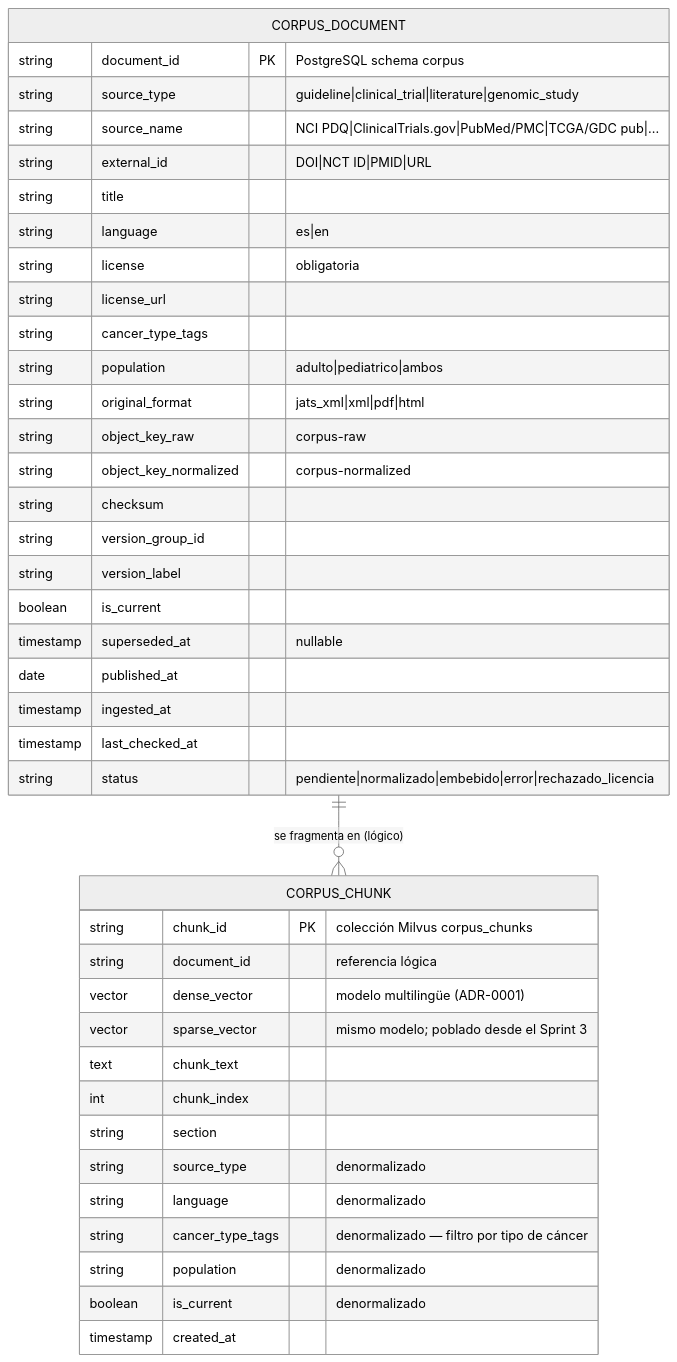
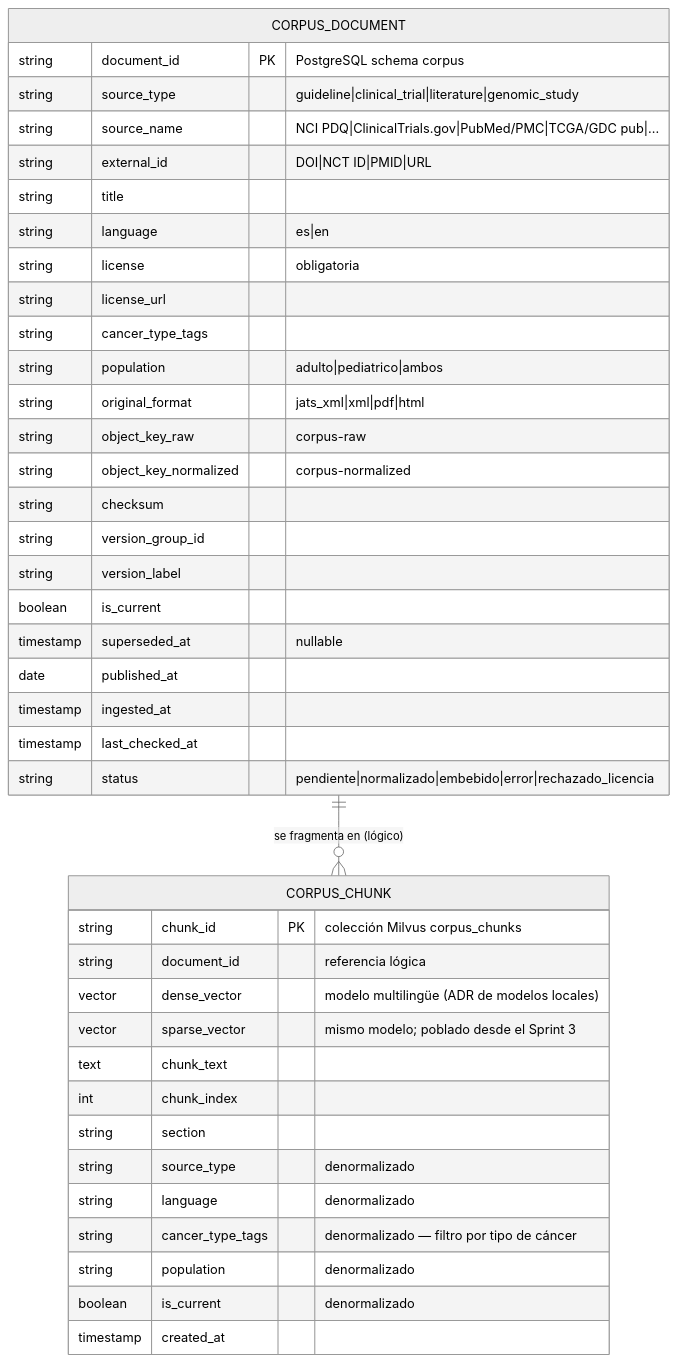
The seventh of 7 diagrams in readme.md (hatrickmario/OncoLens-Lab), drawn with Mermaid (neutral theme) before and after one commit. The commit also changed other lines of this file and 4 other files, not shown here.

````diff
--- a/readme.md
+++ b/readme.md
@@ -834,43 +836,43 @@
 ```mermaid
 erDiagram
     CORPUS_DOCUMENT {
         string document_id PK "PostgreSQL schema corpus"
         string source_type "guideline|clinical_trial|literature|genomic_study"
         string source_name "NCI PDQ|ClinicalTrials.gov|PubMed/PMC|TCGA/GDC pub|..."
         string external_id "DOI|NCT ID|PMID|URL"
         string title
         string language "es|en"
         string license "obligatoria"
         string license_url
         string cancer_type_tags
         string population "adulto|pediatrico|ambos"
         string original_format "jats_xml|xml|pdf|html"
         string object_key_raw "corpus-raw"
         string object_key_normalized "corpus-normalized"
         string checksum
         string version_group_id
         string version_label
         boolean is_current
         timestamp superseded_at "nullable"
         date published_at
         timestamp ingested_at
         timestamp last_checked_at
         string status "pendiente|normalizado|embebido|error|rechazado_licencia"
     }
     CORPUS_CHUNK {
         string chunk_id PK "colección Milvus corpus_chunks"
         string document_id "referencia lógica"
-        vector dense_vector "modelo multilingüe (ADR-0001)"
+        vector dense_vector "modelo multilingüe (ADR de modelos locales)"
         vector sparse_vector "mismo modelo; poblado desde el Sprint 3"
         text chunk_text
         int chunk_index
         string section
         string source_type "denormalizado"
         string language "denormalizado"
         string cancer_type_tags "denormalizado — filtro por tipo de cáncer"
         string population "denormalizado"
         boolean is_current "denormalizado"
         timestamp created_at
     }
     CORPUS_DOCUMENT ||--o{ CORPUS_CHUNK : "se fragmenta en (lógico)"
 ```
````
